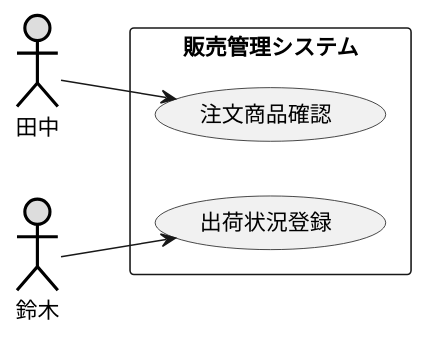
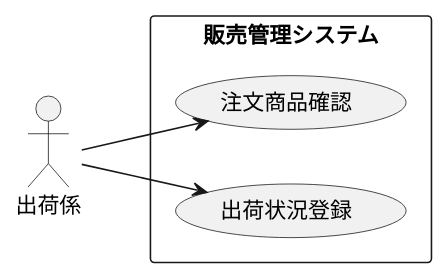
Before and after one commit to minowa-s/uml-intro: the diagram in 演習/演習2-5_盛岡商事_販売管理システム.pu, drawn with PlantUML. The commit also changed 3 other files, not shown here.

```diff
--- a/演習/演習2-5_盛岡商事_販売管理システム.pu
+++ b/演習/演習2-5_盛岡商事_販売管理システム.pu
@@ -1,12 +1,12 @@
 @startuml ユースケース図
 left to right direction
-actor 田中#DDDDDD;line:black;line.bold;
-actor 鈴木#DDDDDD;line:black;line.bold;
+actor 出荷係
+
     rectangle 販売管理システム{
         usecase 注文商品確認 
         usecase 出荷状況登録 
 
     }
-    田中 -->注文商品確認
-    鈴木 -->出荷状況登録
+    出荷係 -->注文商品確認
+    出荷係 -->出荷状況登録
     @enduml
```
